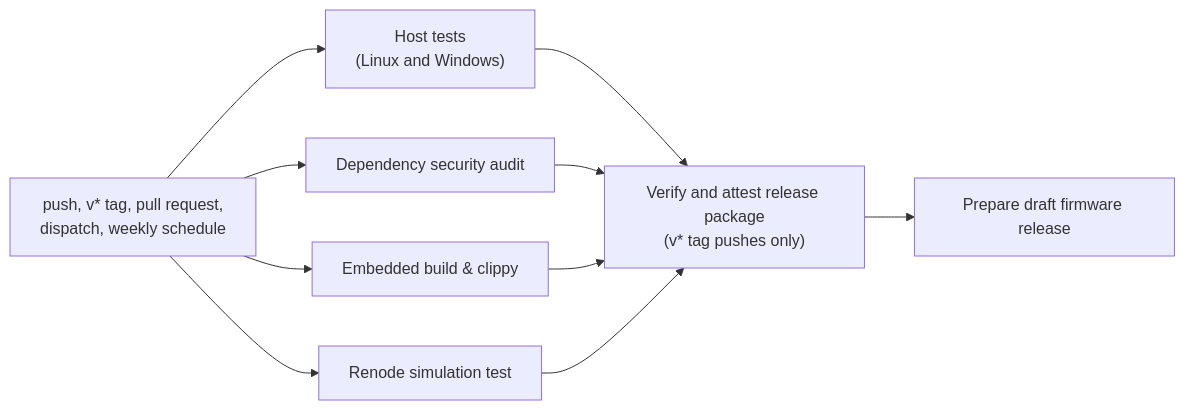
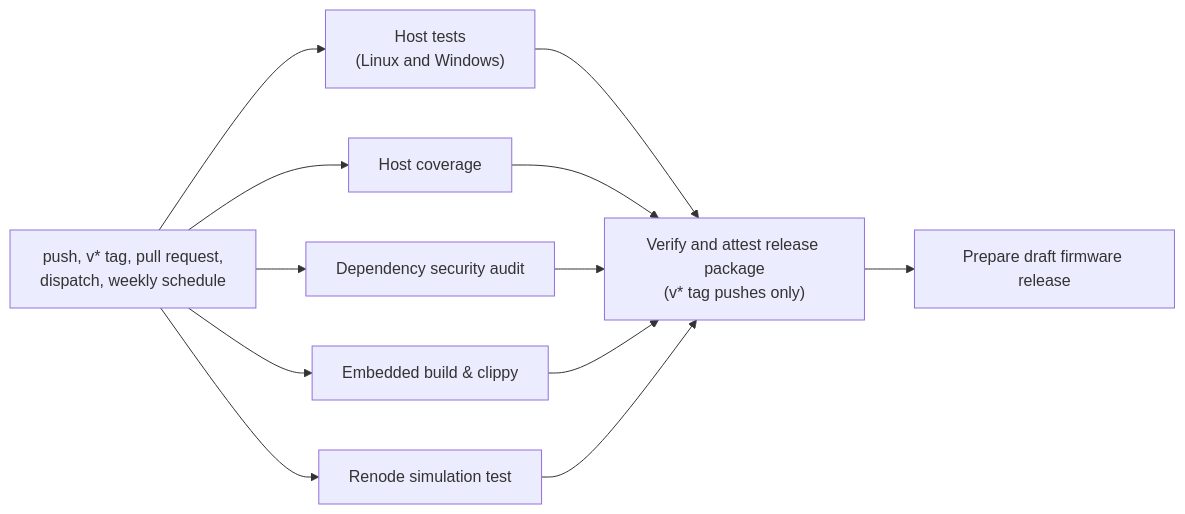
One commit to chefzaid/bt2usb changed the diagram in docs/code-quality.md. Above: the diagram before and after it, drawn with Mermaid. The commit also changed other lines of this file and 12 other files, not shown here.

Commit message:
Check host coverage and firmware rustdoc in CI

````diff
--- a/docs/code-quality.md
+++ b/docs/code-quality.md
@@ -63,13 +66,15 @@
 ```mermaid
 flowchart LR
     T["push, v* tag, pull request,<br/>dispatch, weekly schedule"]
     T --> H["Host tests<br/>(Linux and Windows)"]
+    T --> C["Host coverage"]
     T --> A["Dependency security audit"]
     T --> E["Embedded build & clippy"]
     T --> S["Renode simulation test"]
     H --> P["Verify and attest release package<br/>(v* tag pushes only)"]
+    C --> P
     A --> P
     E --> P
     S --> P
     P --> R["Prepare draft firmware release"]
 ```
````
